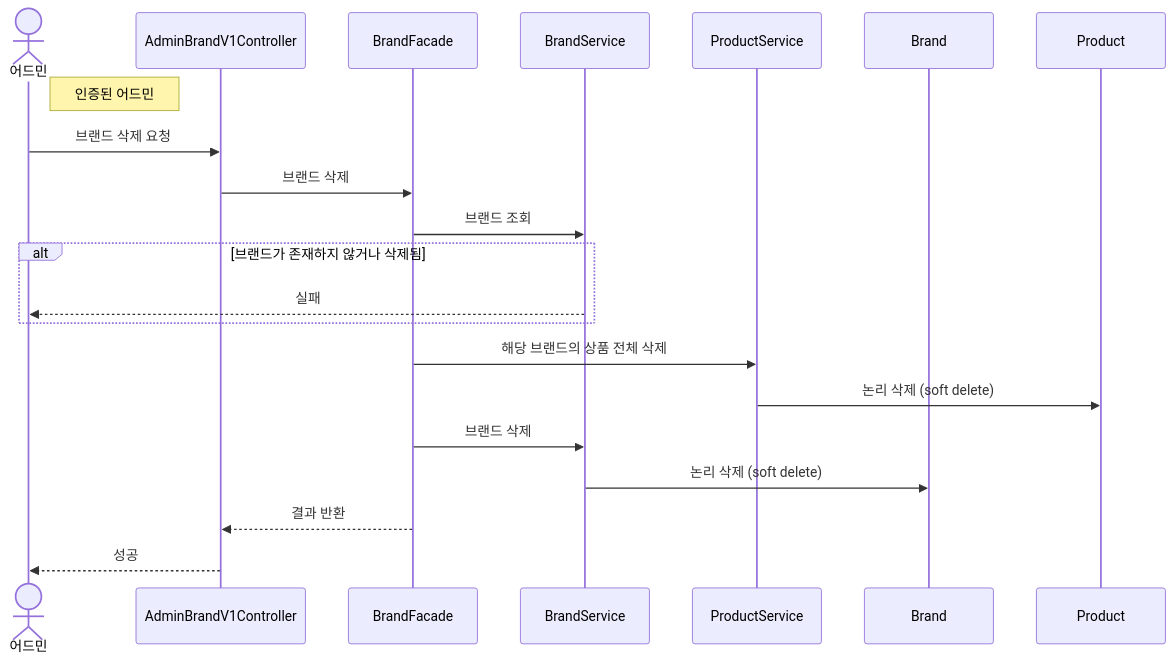
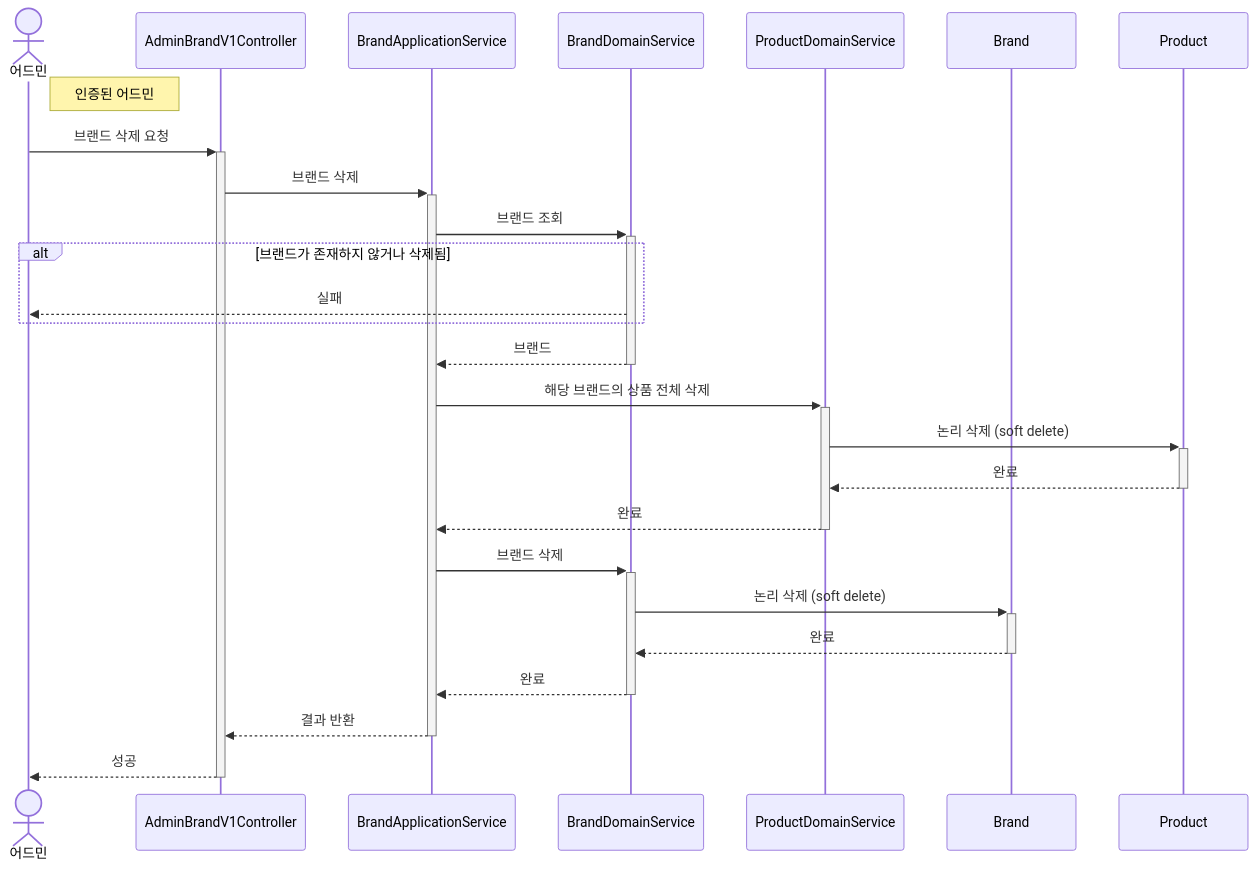
Before and after one commit to Loopers-dev-lab/loop-pack-be-l2-vol3-java: the fifth of 5 diagrams in .docs/02-sequence-diagrams.md, drawn with Mermaid. The commit also changed other lines of this file and 79 other files, not shown here.

````diff
--- a/.docs/02-sequence-diagrams.md
+++ b/.docs/02-sequence-diagrams.md
@@ -154,29 +236,34 @@
 ```mermaid
 sequenceDiagram
     actor 어드민
     participant AdminBrandV1Controller
-    participant BrandFacade
-    participant BrandService
-    participant ProductService
+    participant BrandApplicationService
+    participant BrandDomainService
+    participant ProductDomainService
     participant Brand
     participant Product
 
     Note right of 어드민: 인증된 어드민
 
-    어드민->>AdminBrandV1Controller: 브랜드 삭제 요청
-    AdminBrandV1Controller->>BrandFacade: 브랜드 삭제
+    어드민->>+AdminBrandV1Controller: 브랜드 삭제 요청
+    AdminBrandV1Controller->>+BrandApplicationService: 브랜드 삭제
 
-    BrandFacade->>BrandService: 브랜드 조회
+    BrandApplicationService->>+BrandDomainService: 브랜드 조회
     alt 브랜드가 존재하지 않거나 삭제됨
-        BrandService-->>어드민: 실패
+        BrandDomainService-->>어드민: 실패
     end
+    BrandDomainService-->>-BrandApplicationService: 브랜드
 
-    BrandFacade->>ProductService: 해당 브랜드의 상품 전체 삭제
-    ProductService->>Product: 논리 삭제 (soft delete)
+    BrandApplicationService->>+ProductDomainService: 해당 브랜드의 상품 전체 삭제
+    ProductDomainService->>+Product: 논리 삭제 (soft delete)
+    Product-->>-ProductDomainService: 완료
+    ProductDomainService-->>-BrandApplicationService: 완료
 
-    BrandFacade->>BrandService: 브랜드 삭제
-    BrandService->>Brand: 논리 삭제 (soft delete)
+    BrandApplicationService->>+BrandDomainService: 브랜드 삭제
+    BrandDomainService->>+Brand: 논리 삭제 (soft delete)
+    Brand-->>-BrandDomainService: 완료
+    BrandDomainService-->>-BrandApplicationService: 완료
 
-    BrandFacade-->>AdminBrandV1Controller: 결과 반환
-    AdminBrandV1Controller-->>어드민: 성공
+    BrandApplicationService-->>-AdminBrandV1Controller: 결과 반환
+    AdminBrandV1Controller-->>-어드민: 성공
 ```
````
